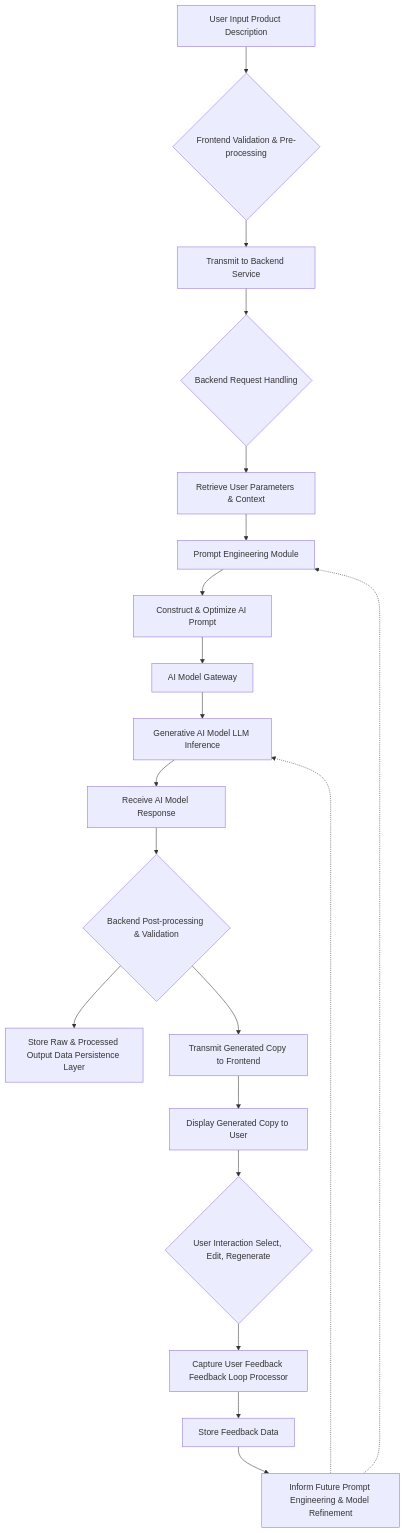
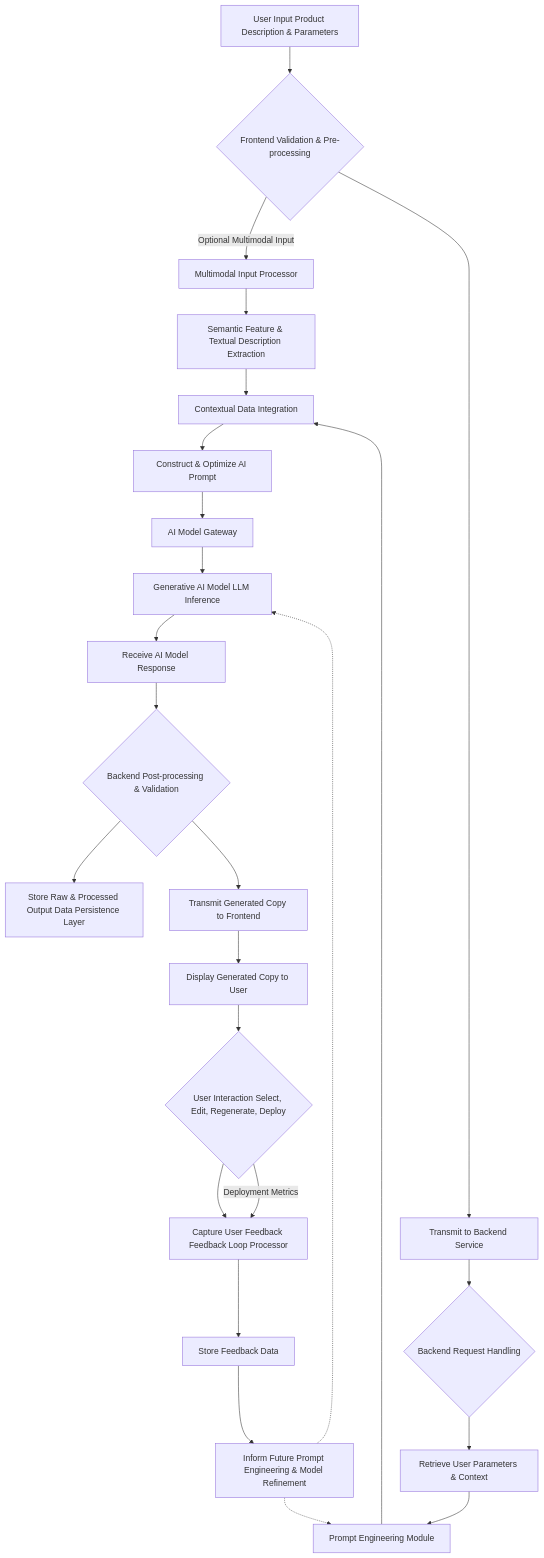
Before and after one commit to diplomat-bit/Citibank_Demo_Business_Inc_Demonstration-: the second of 15 diagrams in inventions/007_ai_ad_copy_generation.md, drawn with Mermaid. The commit also changed other lines of this file, not shown here.

Commit message:
[AI] Edit: inventions/007_ai_ad_copy_generation.md

````diff
--- a/inventions/007_ai_ad_copy_generation.md
+++ b/inventions/007_ai_ad_copy_generation.md
@@ -58,22 +66,28 @@
 ```mermaid
 flowchart TD
-    A[User Input Product Description] --> B{Frontend Validation & Pre-processing};
+    A[User Input Product Description & Parameters] --> B{Frontend Validation & Pre-processing};
+    B -- Optional Multimodal Input --> A_MM[Multimodal Input Processor];
+    A_MM --> F_MM[Semantic Feature & Textual Description Extraction];
+    F_MM --> G_Ctx[Contextual Data Integration];
+
     B --> C[Transmit to Backend Service];
     C --> D{Backend Request Handling};
     D --> E[Retrieve User Parameters & Context];
     E --> F[Prompt Engineering Module];
-    F --> G[Construct & Optimize AI Prompt];
+    F --> G_Ctx;
+    G_Ctx --> G[Construct & Optimize AI Prompt];
     G --> H[AI Model Gateway];
     H --> I[Generative AI Model LLM Inference];
     I --> J[Receive AI Model Response];
     J --> K{Backend Post-processing & Validation};
     K --> L[Store Raw & Processed Output Data Persistence Layer];
     K --> M[Transmit Generated Copy to Frontend];
     M --> N[Display Generated Copy to User];
-    N --> O{User Interaction Select, Edit, Regenerate};
+    N --> O{User Interaction Select, Edit, Regenerate, Deploy};
     O --> P[Capture User Feedback Feedback Loop Processor];
     P --> Q[Store Feedback Data];
     Q --> R[Inform Future Prompt Engineering & Model Refinement];
     R -.-> F;
     R -.-> I;
+    O -- Deployment Metrics --> P;
 ```
````
